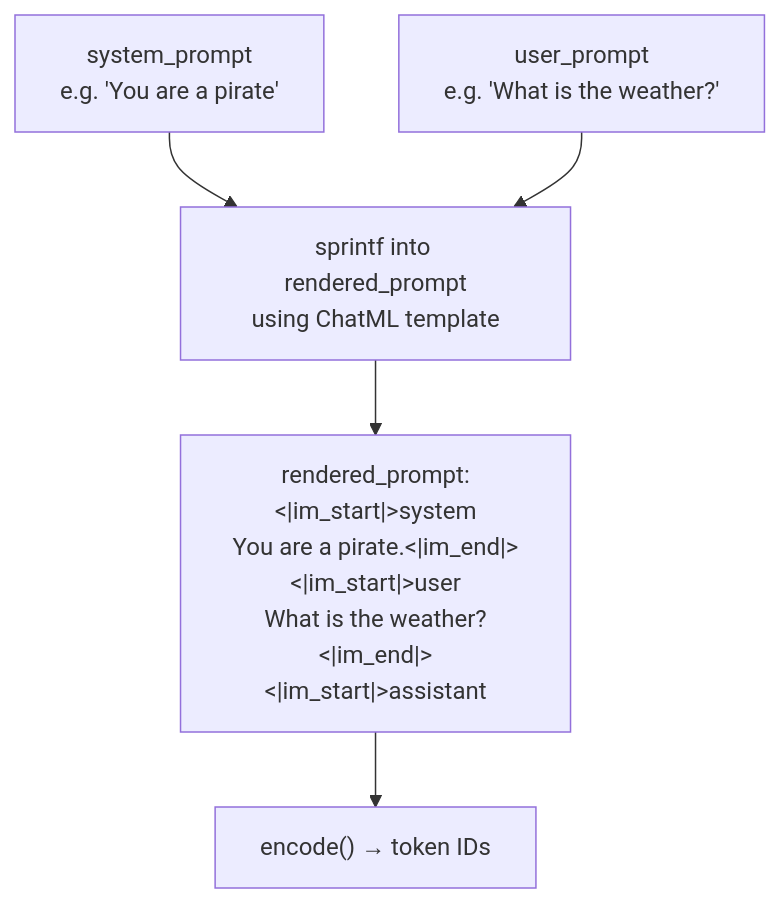
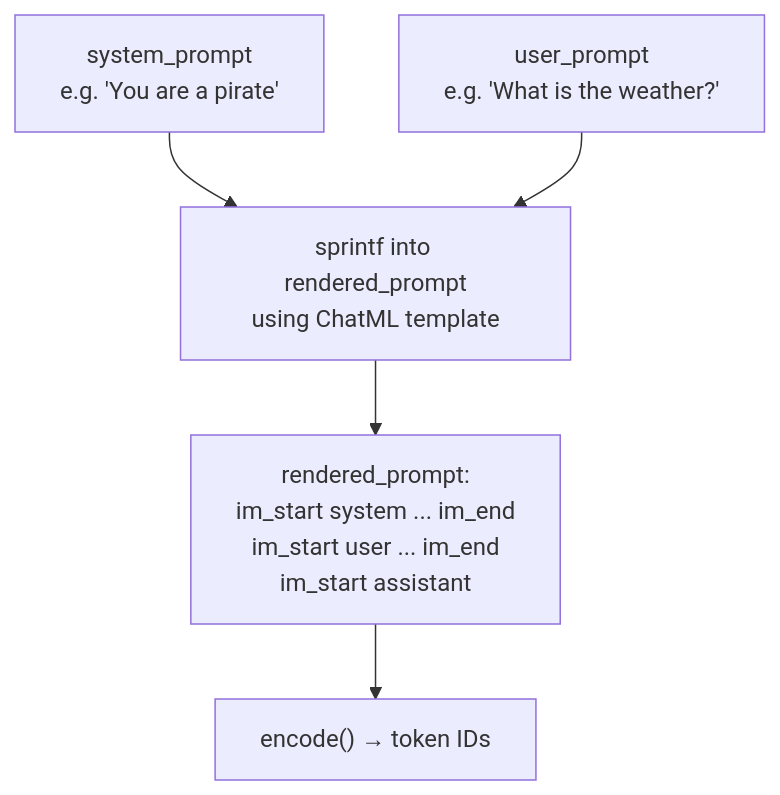
One commit to thefirehacker/firstbreakai changed the third of 11 diagrams in blog/qwen3-run-locally.qmd. Above: the diagram before and after it, drawn with Mermaid. The commit also changed other lines of this file and 4 other files, not shown here.

Commit message:
Add Lesson 1b: Qwen3 Fundamentals and update roadmap with new lesson links

````diff
--- a/blog/qwen3-run-locally.qmd
+++ b/blog/qwen3-run-locally.qmd
@@ -351,9 +351,9 @@
 ```{mermaid}
 flowchart TD
-    SP["system_prompt\ne.g. 'You are a pirate'"]
-    UP["user_prompt\ne.g. 'What is the weather?'"]
-    SP --> TPL["sprintf into rendered_prompt\nusing ChatML template"]
+    SP["system_prompt<br/>e.g. 'You are a pirate'"]
+    UP["user_prompt<br/>e.g. 'What is the weather?'"]
+    SP --> TPL["sprintf into rendered_prompt<br/>using ChatML template"]
     UP --> TPL
-    TPL --> RP["rendered_prompt:\n<|im_start|>system\nYou are a pirate.<|im_end|>\n<|im_start|>user\nWhat is the weather?<|im_end|>\n<|im_start|>assistant\n"]
+    TPL --> RP["rendered_prompt:<br/>im_start system ... im_end<br/>im_start user ... im_end<br/>im_start assistant"]
     RP --> ENC["encode() → token IDs"]
 ```
````
